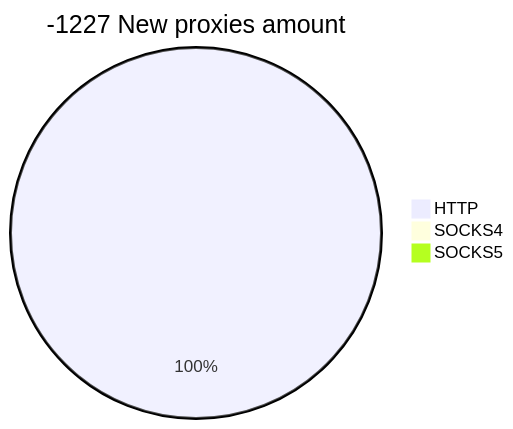
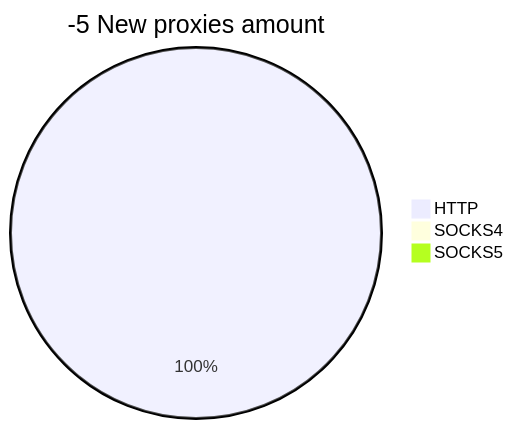
The second of 2 diagrams in README.md (cutipu/proxylist), drawn with Mermaid before and after one commit. The commit also changed other lines of this file, not shown here.

````diff
--- a/README.md
+++ b/README.md
@@ -10,6 +10,6 @@
 ```mermaid
-pie title -1227 New proxies amount
-    "HTTP" : 5
+pie title -5 New proxies amount
+    "HTTP" : 2
     "SOCKS4" : 0
     "SOCKS5" : 0
 ```
````
